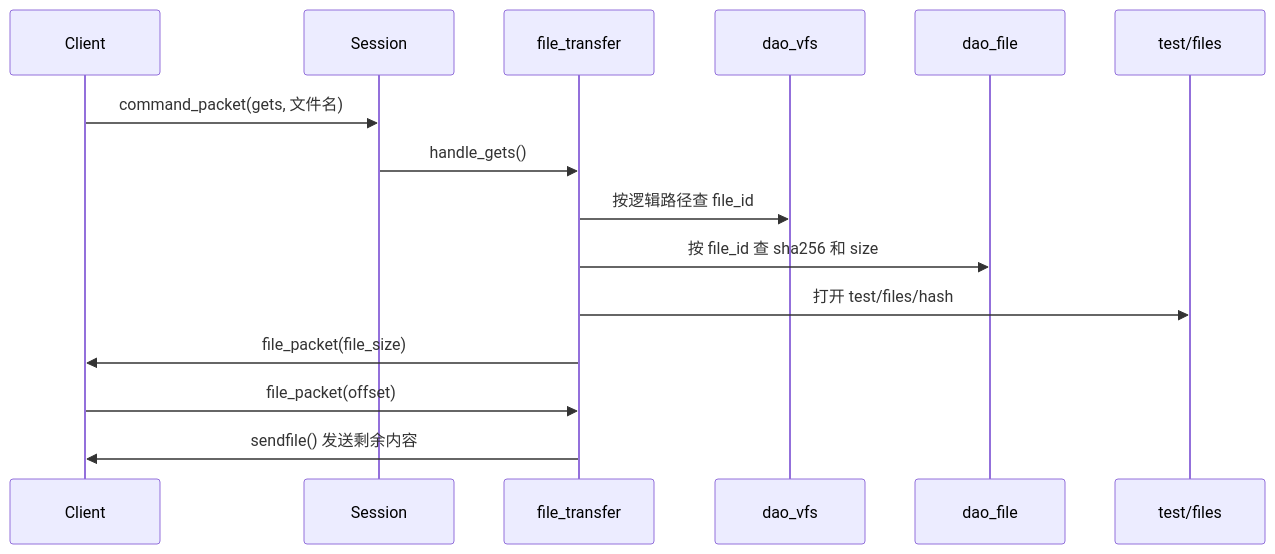
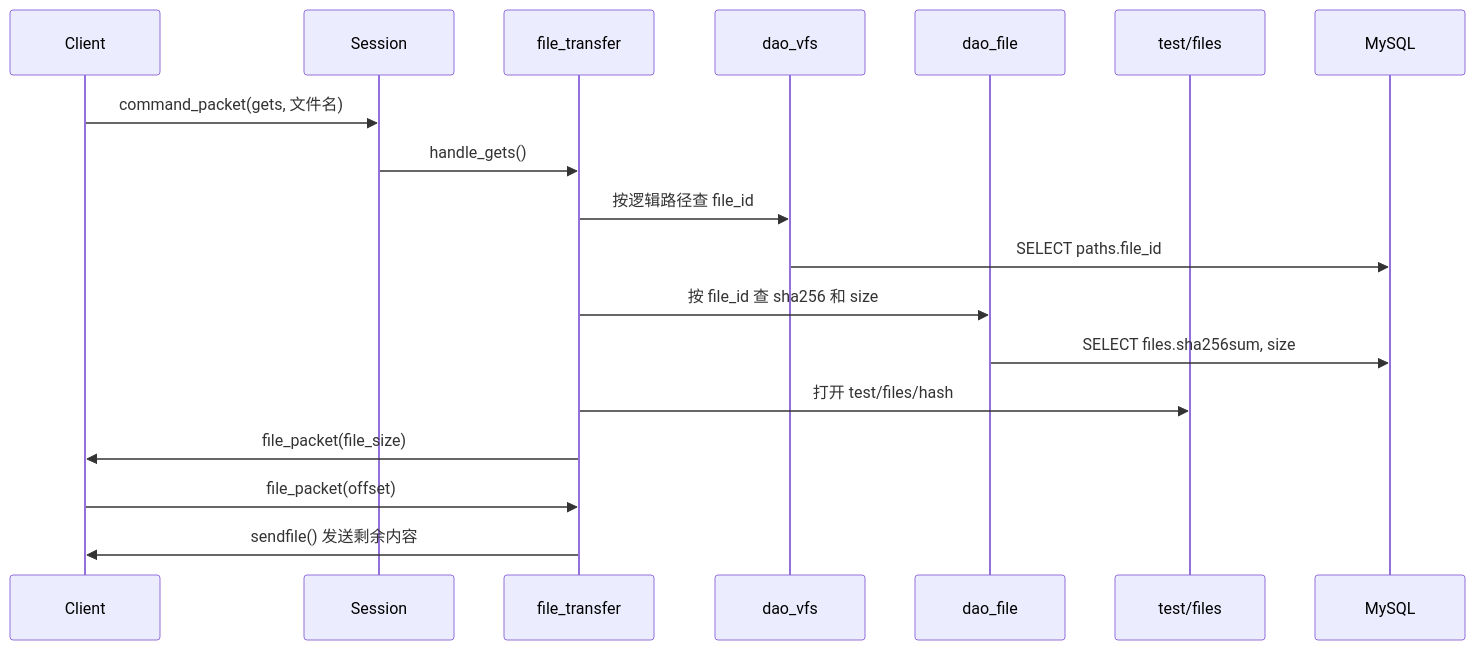
The fifth of 5 diagrams in docs/WindCloud_V3学习文档.md (panlong-studio/WindCloud_V3), drawn with Mermaid before and after one commit. The commit also changed other lines of this file and 1 other file, not shown here.

````diff
--- a/docs/WindCloud_V3学习文档.md
+++ b/docs/WindCloud_V3学习文档.md
@@ -755,18 +801,21 @@
 ```mermaid
 sequenceDiagram
     participant C as Client
     participant S as Session
     participant F as file_transfer
     participant V as dao_vfs
     participant DF as dao_file
     participant Disk as test/files
+    participant DB as MySQL
 
     C->>S: command_packet(gets, 文件名)
     S->>F: handle_gets()
     F->>V: 按逻辑路径查 file_id
+    V->>DB: SELECT paths.file_id
     F->>DF: 按 file_id 查 sha256 和 size
+    DF->>DB: SELECT files.sha256sum, size
     F->>Disk: 打开 test/files/hash
     F->>C: file_packet(file_size)
     C->>F: file_packet(offset)
     F->>C: sendfile() 发送剩余内容
 ```
````
